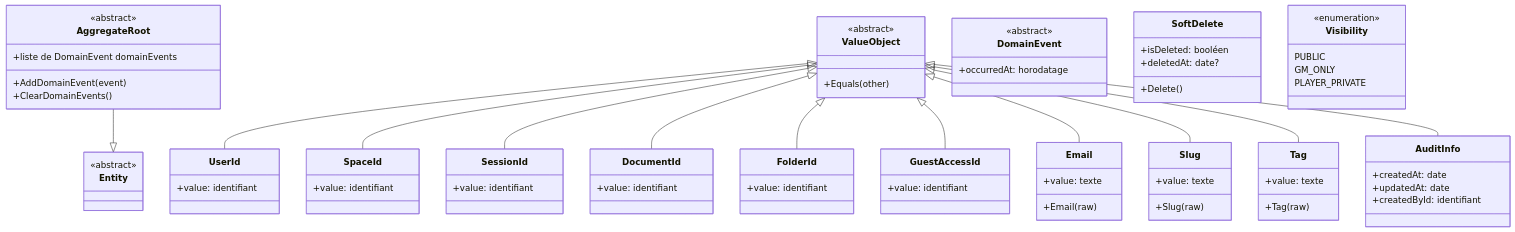
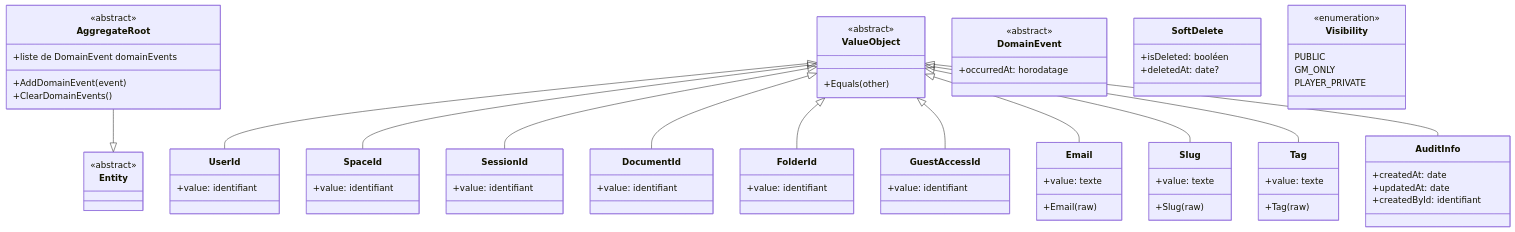
The diagram in docs/domaine/core/classes.md (2025-10-CDA-ECO-P6/PM-micro-saas), drawn with Mermaid before and after one commit. The commit also changed 4 other files, not shown here.

```diff
--- a/docs/domaine/core/classes.md
+++ b/docs/domaine/core/classes.md
@@ -68,7 +68,6 @@
     class SoftDelete {
         +isDeleted: booléen
         +deletedAt: date?
-        +Delete()
     }
 
     class Visibility {
```
